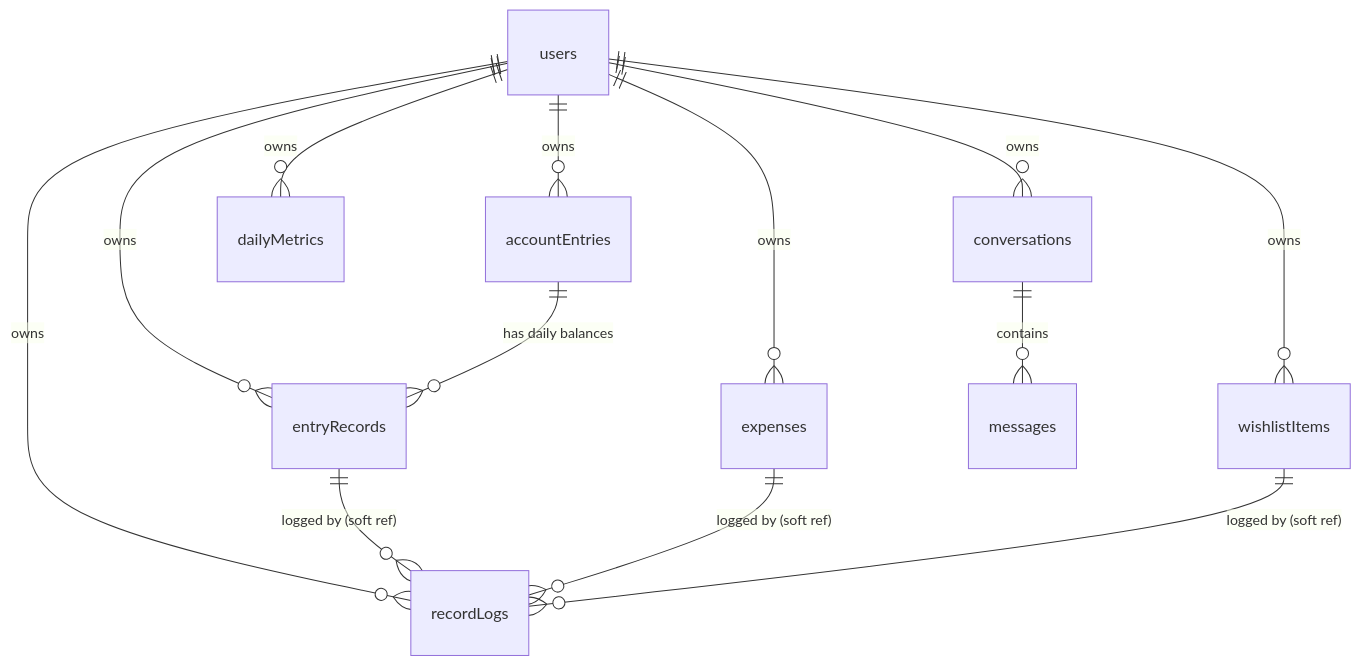
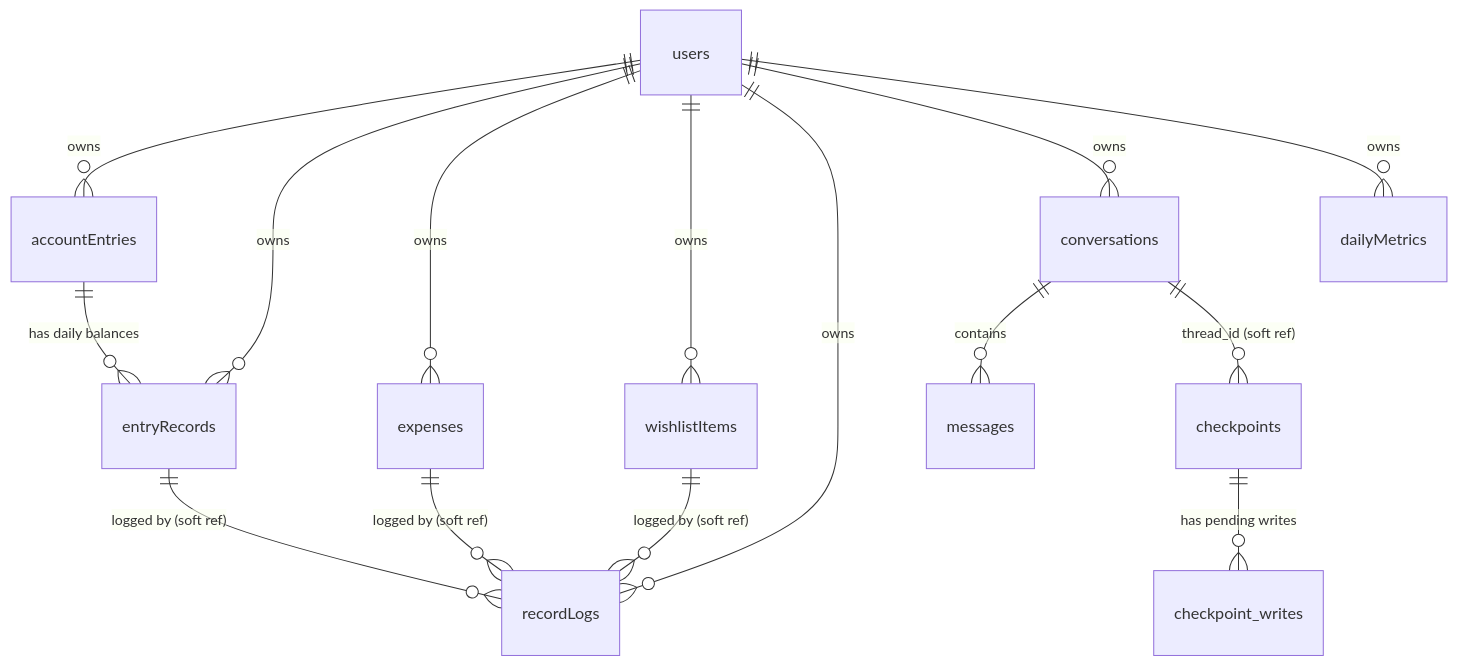
One commit to junielo/savvist-junielo changed the diagram in docs/DATABASE.md. Above: the diagram before and after it, drawn with Mermaid. The commit also changed other lines of this file and 29 other files, not shown here.

````diff
--- a/docs/DATABASE.md
+++ b/docs/DATABASE.md
@@ -42,15 +48,17 @@
 ```mermaid
 erDiagram
     users ||--o{ accountEntries : owns
     users ||--o{ entryRecords : owns
     users ||--o{ expenses : owns
     users ||--o{ wishlistItems : owns
     users ||--o{ recordLogs : owns
     users ||--o{ conversations : owns
     users ||--o{ dailyMetrics : owns
     accountEntries ||--o{ entryRecords : "has daily balances"
     conversations ||--o{ messages : contains
+    conversations ||--o{ checkpoints : "thread_id (soft ref)"
+    checkpoints ||--o{ checkpoint_writes : "has pending writes"
     entryRecords ||--o{ recordLogs : "logged by (soft ref)"
     expenses ||--o{ recordLogs : "logged by (soft ref)"
     wishlistItems ||--o{ recordLogs : "logged by (soft ref)"
 ```
````
